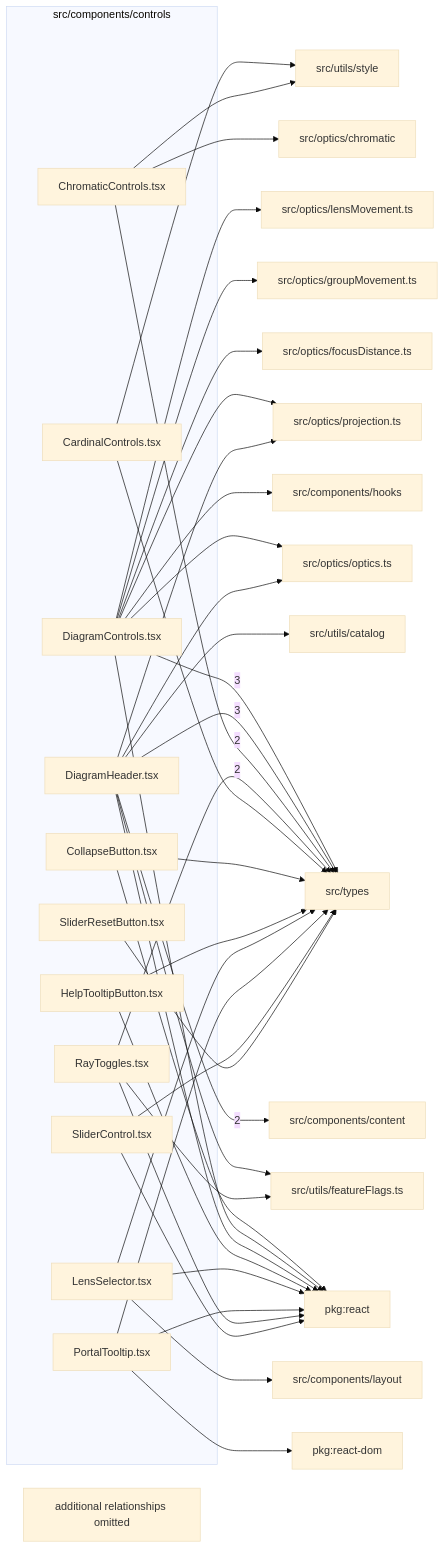
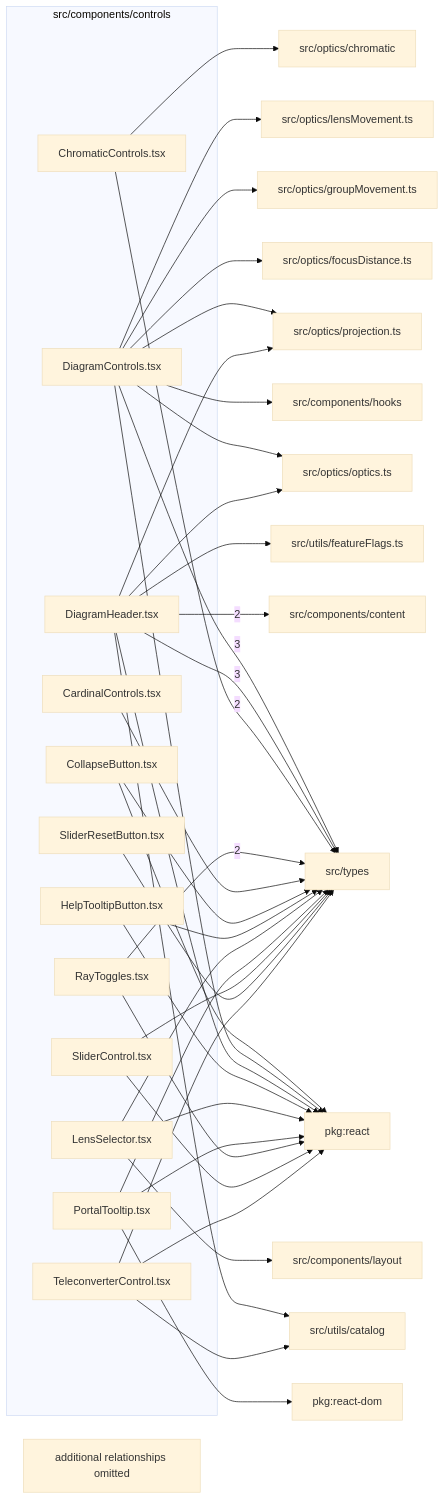
Before and after one commit to BeamFour/LensVisualizer: the diagram in src/components/controls/readme.md, drawn with Mermaid (base theme). The commit also changed other lines of this file and 44 other files, not shown here.

````diff
--- a/src/components/controls/readme.md
+++ b/src/components/controls/readme.md
@@ -9,68 +9,68 @@
 ```mermaid
 flowchart LR
   subgraph n_src_components_controls["src/components/controls"]
     n_src_components_controls_src_components_controls_CardinalControls_tsx["CardinalControls.tsx"]
     n_src_components_controls_src_components_controls_ChromaticControls_tsx["ChromaticControls.tsx"]
     n_src_components_controls_src_components_controls_CollapseButton_tsx["CollapseButton.tsx"]
     n_src_components_controls_src_components_controls_DiagramControls_tsx["DiagramControls.tsx"]
     n_src_components_controls_src_components_controls_DiagramHeader_tsx["DiagramHeader.tsx"]
     n_src_components_controls_src_components_controls_HelpTooltipButton_tsx["HelpTooltipButton.tsx"]
     n_src_components_controls_src_components_controls_LensSelector_tsx["LensSelector.tsx"]
     n_src_components_controls_src_components_controls_PortalTooltip_tsx["PortalTooltip.tsx"]
     n_src_components_controls_src_components_controls_RayToggles_tsx["RayToggles.tsx"]
     n_src_components_controls_src_components_controls_SliderControl_tsx["SliderControl.tsx"]
     n_src_components_controls_src_components_controls_SliderResetButton_tsx["SliderResetButton.tsx"]
+    n_src_components_controls_src_components_controls_TeleconverterControl_tsx["TeleconverterControl.tsx"]
   end
   n_external_src_types["src/types"]
   n_external_src_components_content["src/components/content"]
   n_external_pkg_react["pkg:react"]
   n_external_pkg_react_dom["pkg:react-dom"]
   n_external_src_components_hooks["src/components/hooks"]
   n_external_src_components_layout["src/components/layout"]
   n_external_src_optics_chromatic["src/optics/chromatic"]
   n_external_src_optics_focusDistance_ts["src/optics/focusDistance.ts"]
   n_external_src_optics_groupMovement_ts["src/optics/groupMovement.ts"]
   n_external_src_optics_lensMovement_ts["src/optics/lensMovement.ts"]
   n_external_src_optics_optics_ts["src/optics/optics.ts"]
   n_external_src_optics_projection_ts["src/optics/projection.ts"]
   n_external_src_utils_catalog["src/utils/catalog"]
   n_external_src_utils_featureFlags_ts["src/utils/featureFlags.ts"]
-  n_external_src_utils_style["src/utils/style"]
   n_src_components_controls_src_components_controls_DiagramControls_tsx --> |3| n_external_src_types
   n_src_components_controls_src_components_controls_DiagramHeader_tsx --> |3| n_external_src_types
   n_src_components_controls_src_components_controls_DiagramHeader_tsx --> |2| n_external_src_components_content
   n_src_components_controls_src_components_controls_ChromaticControls_tsx --> |2| n_external_src_types
   n_src_components_controls_src_components_controls_RayToggles_tsx --> |2| n_external_src_types
   n_src_components_controls_src_components_controls_CollapseButton_tsx --> n_external_pkg_react
   n_src_components_controls_src_components_controls_DiagramControls_tsx --> n_external_pkg_react
   n_src_components_controls_src_components_controls_DiagramHeader_tsx --> n_external_pkg_react
   n_src_components_controls_src_components_controls_HelpTooltipButton_tsx --> n_external_pkg_react
   n_src_components_controls_src_components_controls_LensSelector_tsx --> n_external_pkg_react
   n_src_components_controls_src_components_controls_PortalTooltip_tsx --> n_external_pkg_react
   n_src_components_controls_src_components_controls_RayToggles_tsx --> n_external_pkg_react
   n_src_components_controls_src_components_controls_SliderControl_tsx --> n_external_pkg_react
+  n_src_components_controls_src_components_controls_TeleconverterControl_tsx --> n_external_pkg_react
   n_src_components_controls_src_components_controls_PortalTooltip_tsx --> n_external_pkg_react_dom
   n_src_components_controls_src_components_controls_DiagramControls_tsx --> n_external_src_components_hooks
   n_src_components_controls_src_components_controls_LensSelector_tsx --> n_external_src_components_layout
   n_src_components_controls_src_components_controls_ChromaticControls_tsx --> n_external_src_optics_chromatic
   n_src_components_controls_src_components_controls_DiagramControls_tsx --> n_external_src_optics_focusDistance_ts
   n_src_components_controls_src_components_controls_DiagramControls_tsx --> n_external_src_optics_groupMovement_ts
   n_src_components_controls_src_components_controls_DiagramControls_tsx --> n_external_src_optics_lensMovement_ts
   n_src_components_controls_src_components_controls_DiagramControls_tsx --> n_external_src_optics_optics_ts
   n_src_components_controls_src_components_controls_DiagramHeader_tsx --> n_external_src_optics_optics_ts
   n_src_components_controls_src_components_controls_DiagramControls_tsx --> n_external_src_optics_projection_ts
   n_src_components_controls_src_components_controls_DiagramHeader_tsx --> n_external_src_optics_projection_ts
   n_src_components_controls_src_components_controls_CardinalControls_tsx --> n_external_src_types
   n_src_components_controls_src_components_controls_CollapseButton_tsx --> n_external_src_types
   n_src_components_controls_src_components_controls_HelpTooltipButton_tsx --> n_external_src_types
   n_src_components_controls_src_components_controls_LensSelector_tsx --> n_external_src_types
   n_src_components_controls_src_components_controls_PortalTooltip_tsx --> n_external_src_types
   n_src_components_controls_src_components_controls_SliderControl_tsx --> n_external_src_types
   n_src_components_controls_src_components_controls_SliderResetButton_tsx --> n_external_src_types
+  n_src_components_controls_src_components_controls_TeleconverterControl_tsx --> n_external_src_types
   n_src_components_controls_src_components_controls_DiagramHeader_tsx --> n_external_src_utils_catalog
+  n_src_components_controls_src_components_controls_TeleconverterControl_tsx --> n_external_src_utils_catalog
   n_src_components_controls_src_components_controls_DiagramHeader_tsx --> n_external_src_utils_featureFlags_ts
-  n_src_components_controls_src_components_controls_RayToggles_tsx --> n_external_src_utils_featureFlags_ts
-  n_src_components_controls_src_components_controls_CardinalControls_tsx --> n_external_src_utils_style
-  n_src_components_controls_src_components_controls_ChromaticControls_tsx --> n_external_src_utils_style
   n_src_components_controls_truncated["additional relationships omitted"]
 ```
````
